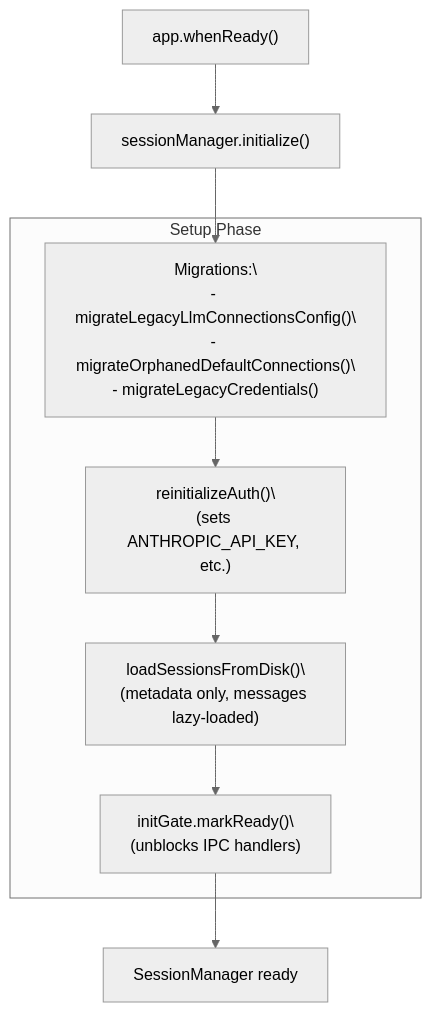
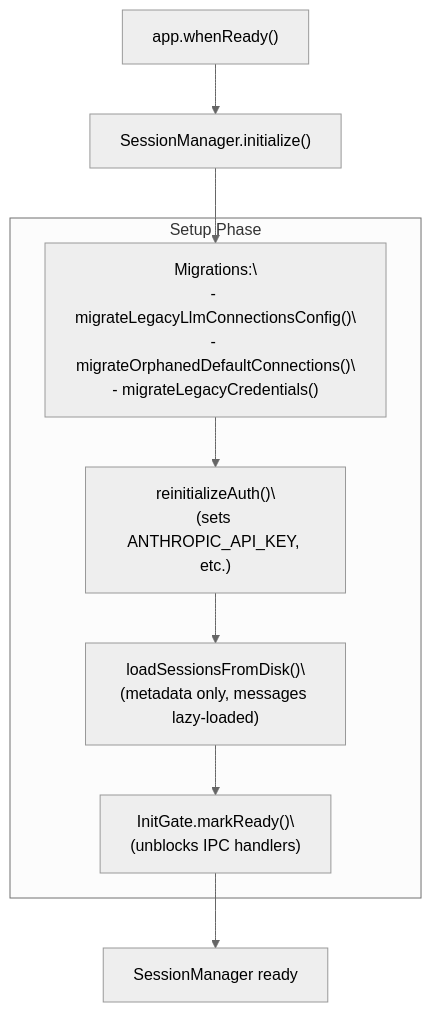
Before and after one commit to blackcater/zentree: the first of 6 diagrams in docs/lukilabs_craft-agents-oss/api-reference/sessionmanager-api.md, drawn with Mermaid (neutral theme). The commit also changed other lines of this file and 232 other files, not shown here.

````diff
--- a/docs/lukilabs_craft-agents-oss/api-reference/sessionmanager-api.md
+++ b/docs/lukilabs_craft-agents-oss/api-reference/sessionmanager-api.md
@@ -38,25 +40,25 @@
 ```mermaid
 graph TB
     AppStart["app.whenReady()"]
-    Initialize["sessionManager.initialize()"]
-
+    Initialize["SessionManager.initialize()"]
+    
     subgraph "Setup Phase"
         Migrations["Migrations:\
 - migrateLegacyLlmConnectionsConfig()\
 - migrateOrphanedDefaultConnections()\
 - migrateLegacyCredentials()"]
         Auth["reinitializeAuth()\
 (sets ANTHROPIC_API_KEY, etc.)"]
         LoadSessions["loadSessionsFromDisk()\
 (metadata only, messages lazy-loaded)"]
-        MarkReady["initGate.markReady()\
+        MarkReady["InitGate.markReady()\
 (unblocks IPC handlers)"]
     end
-
+    
     AppStart --> Initialize
     Initialize --> Migrations
     Migrations --> Auth
     Auth --> LoadSessions
     LoadSessions --> MarkReady
     MarkReady --> Ready["SessionManager ready"]
 ```
````
